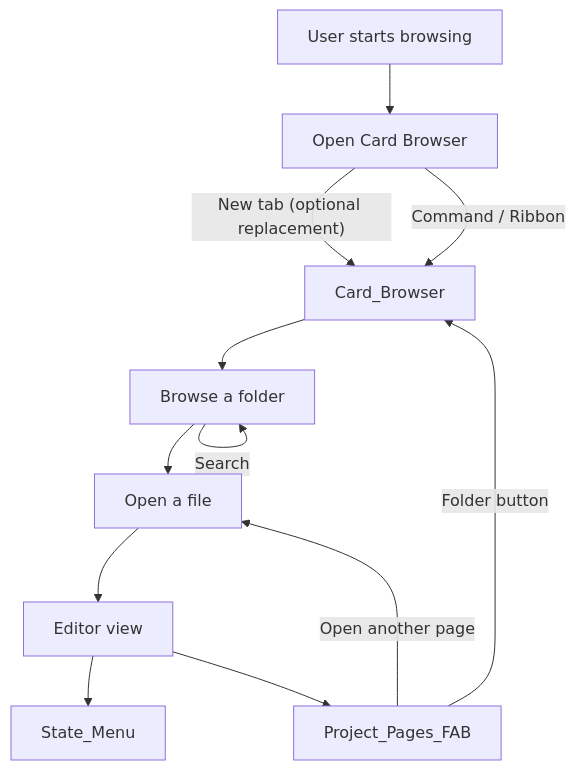
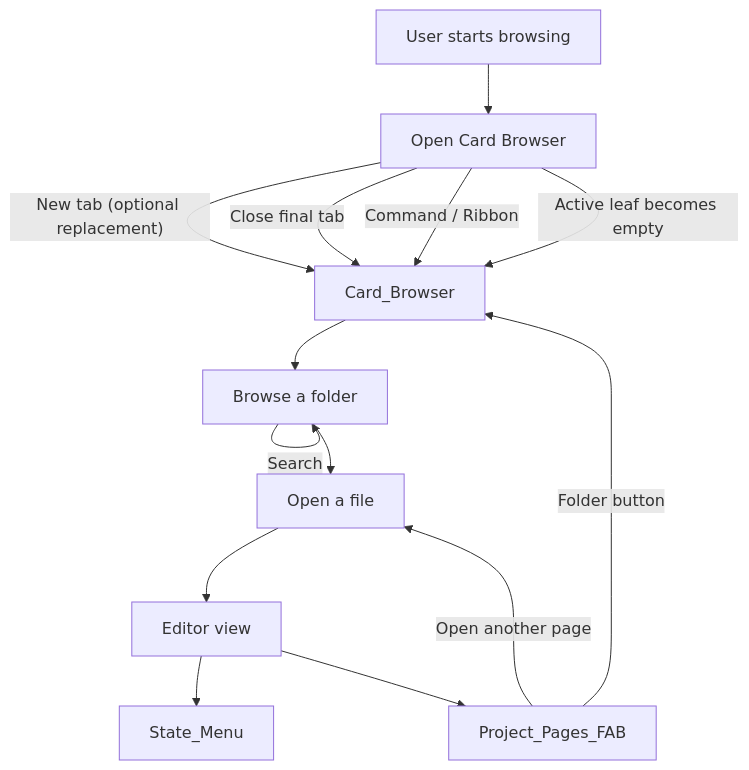
The diagram in docs/overview.md (daledesilva/obsidian_project-browser), drawn with Mermaid before and after one commit. The commit also changed other lines of this file and 5 other files, not shown here.

````diff
--- a/docs/overview.md
+++ b/docs/overview.md
@@ -32,19 +32,21 @@
 ```mermaid
 flowchart TD
     Start[User starts browsing] --> Entry[Open Card Browser]
 
     Entry -->|"New tab (optional replacement)"| CardBrowser[Card_Browser]
+  Entry -->|"Close final tab"| CardBrowser
     Entry -->|"Command / Ribbon"| CardBrowser
+  Entry -->|"Active leaf becomes empty"| CardBrowser
 
     CardBrowser --> Browse[Browse a folder]
     Browse -->|"Back / Breadcrumbs"| Browse
     Browse -->|"Search"| Browse
     Browse --> OpenFile[Open a file]
 
     OpenFile --> NoteSurface[Editor view]
     NoteSurface --> StateMenu[State_Menu]
     NoteSurface --> PagesFab[Project_Pages_FAB]
 
     PagesFab -->|"Open another page"| OpenFile
     PagesFab -->|"Folder button"| CardBrowser
 ```
````
